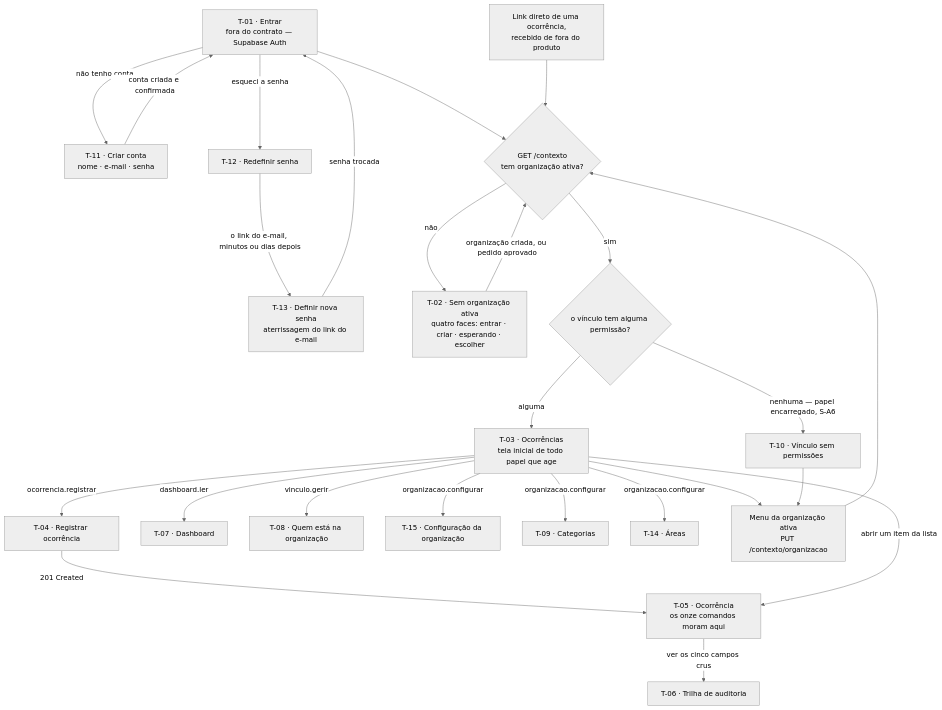
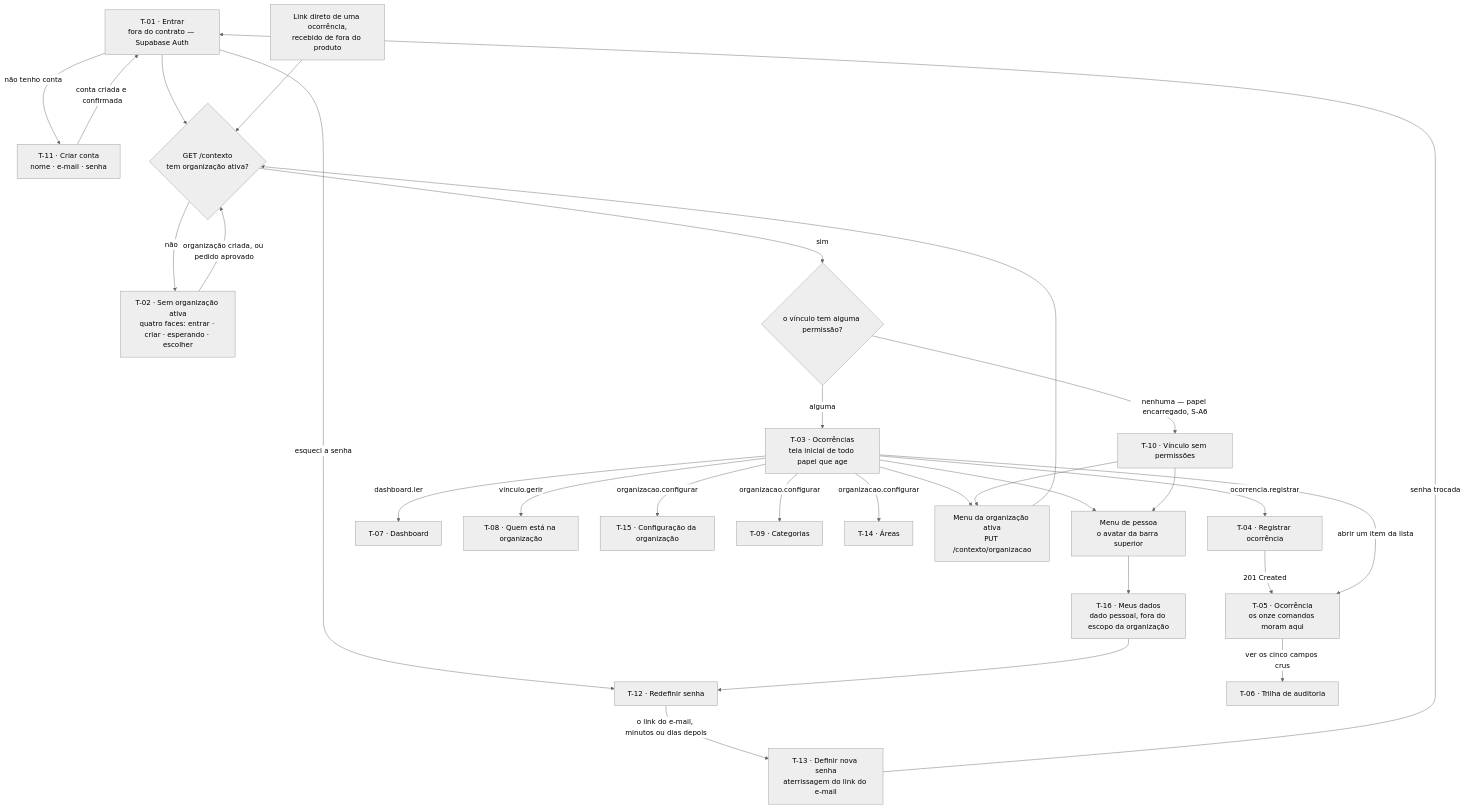
The diagram in docs/inventario-de-telas.md (natanjunior/8FSDT-Hackathon), drawn with Mermaid (neutral theme) before and after one commit. The commit also changed other lines of this file and 10 other files, not shown here.

````diff
--- a/docs/inventario-de-telas.md
+++ b/docs/inventario-de-telas.md
@@ -211,50 +212,57 @@
 ```mermaid
 flowchart TD
     T01["T-01 · Entrar<br/>fora do contrato — Supabase Auth"]
     T11["T-11 · Criar conta<br/>nome · e-mail · senha"]
     T12["T-12 · Redefinir senha"]
     T13["T-13 · Definir nova senha<br/>aterrissagem do link do e-mail"]
     LINK["Link direto de uma ocorrência,<br/>recebido de fora do produto"]
     CTX{"GET /contexto<br/>tem organização ativa?"}
     T02["T-02 · Sem organização ativa<br/>quatro faces: entrar · criar · esperando · escolher"]
     PERM{"o vínculo tem alguma permissão?"}
     T10["T-10 · Vínculo sem permissões"]
     T03["T-03 · Ocorrências<br/>tela inicial de todo papel que age"]
     T04["T-04 · Registrar ocorrência"]
     T05["T-05 · Ocorrência<br/>os onze comandos moram aqui"]
     T06["T-06 · Trilha de auditoria"]
     T07["T-07 · Dashboard"]
     T08["T-08 · Quem está na organização"]
     T15["T-15 · Configuração da organização"]
     T09["T-09 · Categorias"]
     T14["T-14 · Áreas"]
+    T16["T-16 · Meus dados<br/>dado pessoal, fora do escopo da organização"]
     MENU["Menu da organização ativa<br/>PUT /contexto/organizacao"]
+    MENU_PESSOA["Menu de pessoa<br/>o avatar da barra superior"]
 
     T01 -->|"não tenho conta"| T11
     T11 -->|"conta criada e confirmada"| T01
     T01 -->|"esqueci a senha"| T12
     T12 -->|"o link do e-mail, minutos ou dias depois"| T13
     T13 -->|"senha trocada"| T01
 
     T01 --> CTX
     LINK --> CTX
     CTX -->|"não"| T02
     T02 -->|"organização criada, ou pedido aprovado"| CTX
     CTX -->|"sim"| PERM
     PERM -->|"nenhuma — papel encarregado, S-A6"| T10
     PERM -->|"alguma"| T03
 
     T03 -->|"ocorrencia.registrar"| T04
     T04 -->|"201 Created"| T05
     T03 -->|"abrir um item da lista"| T05
     T05 -->|"ver os cinco campos crus"| T06
     T03 -->|"dashboard.ler"| T07
     T03 -->|"vinculo.gerir"| T08
     T03 -->|"organizacao.configurar"| T15
     T03 -->|"organizacao.configurar"| T09
     T03 -->|"organizacao.configurar"| T14
 
     T03 --> MENU
     T10 --> MENU
     MENU --> CTX
+
+    T03 --> MENU_PESSOA
+    T10 --> MENU_PESSOA
+    MENU_PESSOA --> T16
+    T16 --> T12
 ```
````
